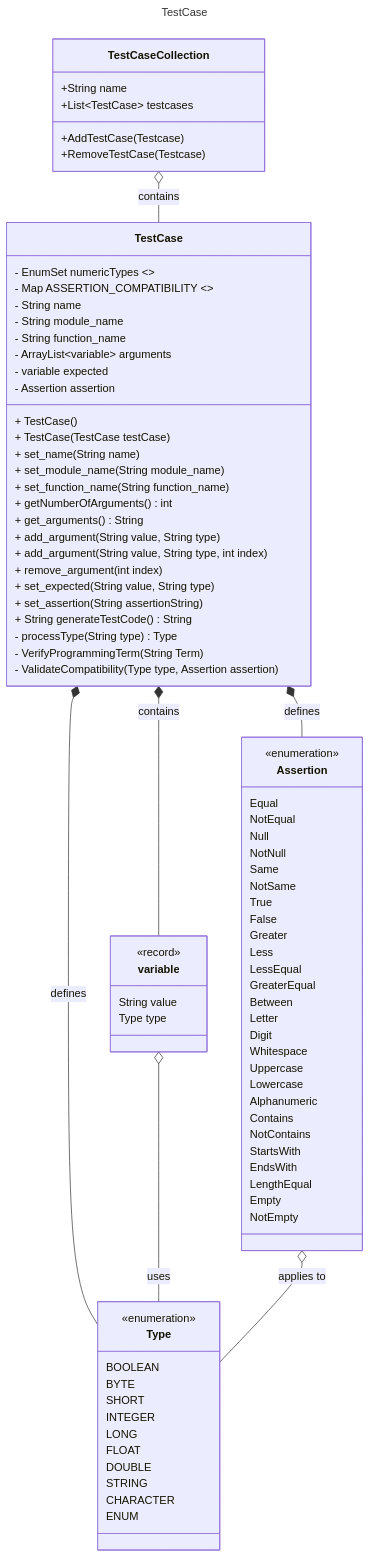
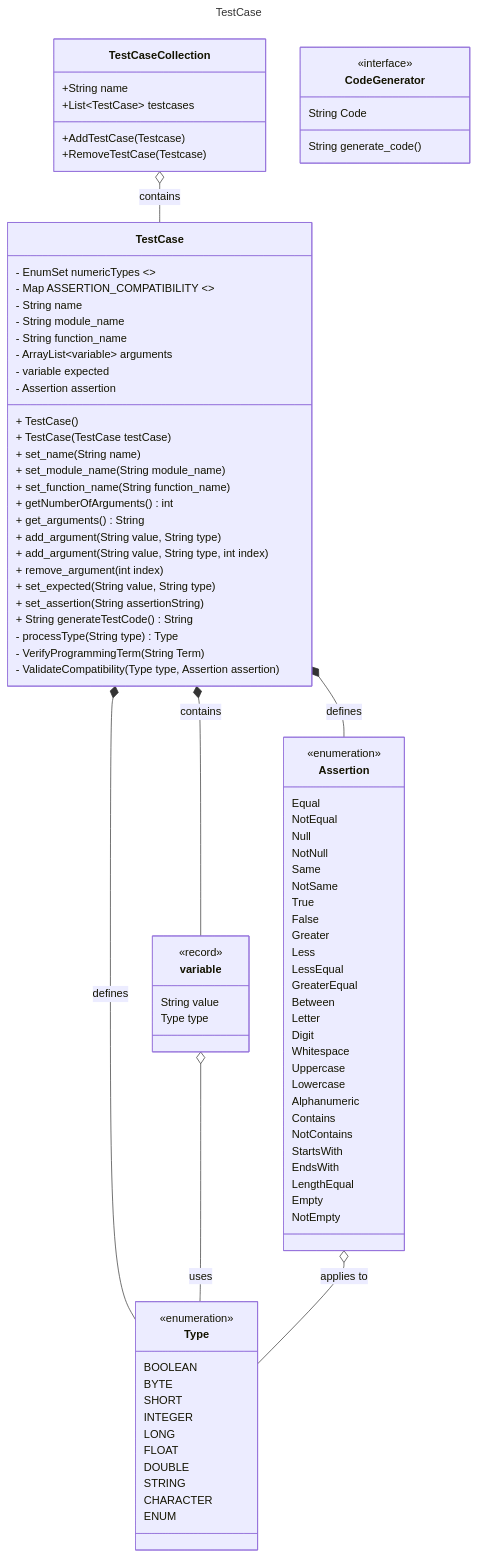
The diagram in docs/TestCase.mmd (Caelan0501/devops_testgen), drawn with Mermaid before and after one commit. The commit also changed 11 other files, not shown here.

```diff
--- a/docs/TestCase.mmd
+++ b/docs/TestCase.mmd
@@ -1,96 +1,102 @@
 ---
 title: TestCase
 ---
 classDiagram
     class TestCase{
         - EnumSet<Type> numericTypes <<static>>
         - Map ASSERTION_COMPATIBILITY <<static>>
         - String name
         - String module_name
         - String function_name
         - ArrayList~variable~ arguments
         - variable expected
         - Assertion assertion
 
         + TestCase()
         + TestCase(TestCase testCase)
         + set_name(String name)
         + set_module_name(String module_name)
         + set_function_name(String function_name)
         + getNumberOfArguments() int
         + get_arguments() String
         + add_argument(String value, String type)
         + add_argument(String value, String type, int index)
         + remove_argument(int index)
         + set_expected(String value, String type)
         + set_assertion(String assertionString)
         + String generateTestCode() String
         - processType(String type) Type
         - VerifyProgrammingTerm(String Term)
         - ValidateCompatibility(Type type, Assertion assertion)
     }
 
     class TestCaseCollection{
         +String name
         +List~TestCase~ testcases
 
         +AddTestCase(Testcase)
         +RemoveTestCase(Testcase)
     }
 
     class variable{
         <<record>>
         String value
         Type type
     }
 
     class Type{
         <<enumeration>>
         BOOLEAN
         BYTE
         SHORT
         INTEGER
         LONG
         FLOAT
         DOUBLE
         STRING
         CHARACTER
         ENUM
     }
 
     class Assertion{
         <<enumeration>>
         Equal
         NotEqual
         Null
         NotNull
         Same
         NotSame
         True
         False
         Greater
         Less
         LessEqual
         GreaterEqual
         Between
         Letter
         Digit
         Whitespace
         Uppercase
         Lowercase
         Alphanumeric
         Contains
         NotContains
         StartsWith
         EndsWith
         LengthEqual
         Empty
         NotEmpty
     }
 
+    class CodeGenerator{
+        String Code
+        String generate_code()
+    }
+    <<interface>> CodeGenerator
+
     TestCaseCollection o-- TestCase : contains
     TestCase *-- variable : contains
     TestCase *-- Type : defines
     TestCase *-- Assertion : defines
     variable o-- Type : uses
     Assertion o-- Type : applies to
```
